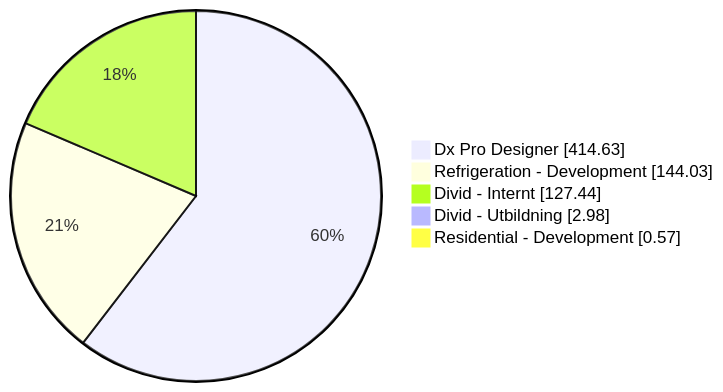
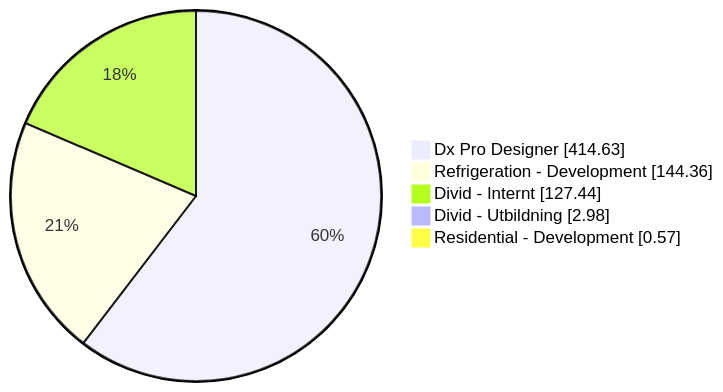
One commit to albinforsberg-netizen/timeclock changed the first of 5 diagrams in README.org. Above: the diagram before and after it, drawn with Mermaid. The commit also changed other lines of this file, not shown here.

```diff
--- a/README.org
+++ b/README.org
@@ -32,8 +32,8 @@
 #+begin_src mermaid
 pie showData
     "Dx Pro Designer" : 414.63
-    "Refrigeration - Development" : 144.03
+    "Refrigeration - Development" : 144.36
     "Divid - Internt" : 127.44
     "Divid - Utbildning" : 2.98
     "Residential - Development" : 0.57
 #+end_src
```
